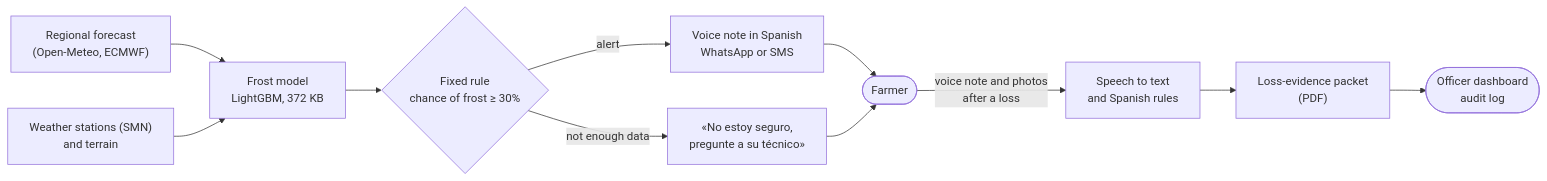
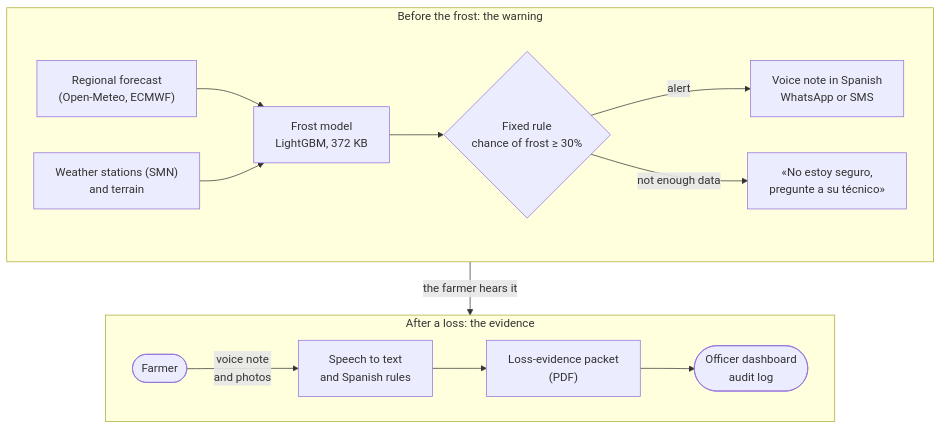
The diagram in README.md (frogzdany/helada-app), drawn with Mermaid before and after one commit.

Commit message:
README: flow diagram in two rows
The single-row version was drawn too small to read on the repository page. It is now two rows: the warning before the frost, and the evidence after a loss.

````diff
--- a/README.md
+++ b/README.md
@@ -77,13 +77,18 @@
 ```mermaid
-flowchart LR
-    F["Regional forecast<br/>(Open-Meteo, ECMWF)"] --> M["Frost model<br/>LightGBM, 372 KB"]
-    S["Weather stations (SMN)<br/>and terrain"] --> M
-    M --> R{"Fixed rule<br/>chance of frost ≥ 30%"}
-    R -- alert --> W["Voice note in Spanish<br/>WhatsApp or SMS"]
-    R -- "not enough data" --> U["«No estoy seguro,<br/>pregunte a su técnico»"]
-    W --> P(["Farmer"])
-    U --> P
-    P -- "voice note and photos<br/>after a loss" --> A["Speech to text<br/>and Spanish rules"]
-    A --> K["Loss-evidence packet<br/>(PDF)"]
-    K --> O(["Officer dashboard<br/>audit log"])
+flowchart TB
+    subgraph warn["Before the frost: the warning"]
+        direction LR
+        F["Regional forecast<br/>(Open-Meteo, ECMWF)"] --> M["Frost model<br/>LightGBM, 372 KB"]
+        S["Weather stations (SMN)<br/>and terrain"] --> M
+        M --> R{"Fixed rule<br/>chance of frost ≥ 30%"}
+        R -- alert --> W["Voice note in Spanish<br/>WhatsApp or SMS"]
+        R -- "not enough data" --> U["«No estoy seguro,<br/>pregunte a su técnico»"]
+    end
+    subgraph loss["After a loss: the evidence"]
+        direction LR
+        P(["Farmer"]) -- "voice note<br/>and photos" --> A["Speech to text<br/>and Spanish rules"]
+        A --> K["Loss-evidence packet<br/>(PDF)"]
+        K --> O(["Officer dashboard<br/>audit log"])
+    end
+    warn -- "the farmer hears it" --> loss
 ```
````
